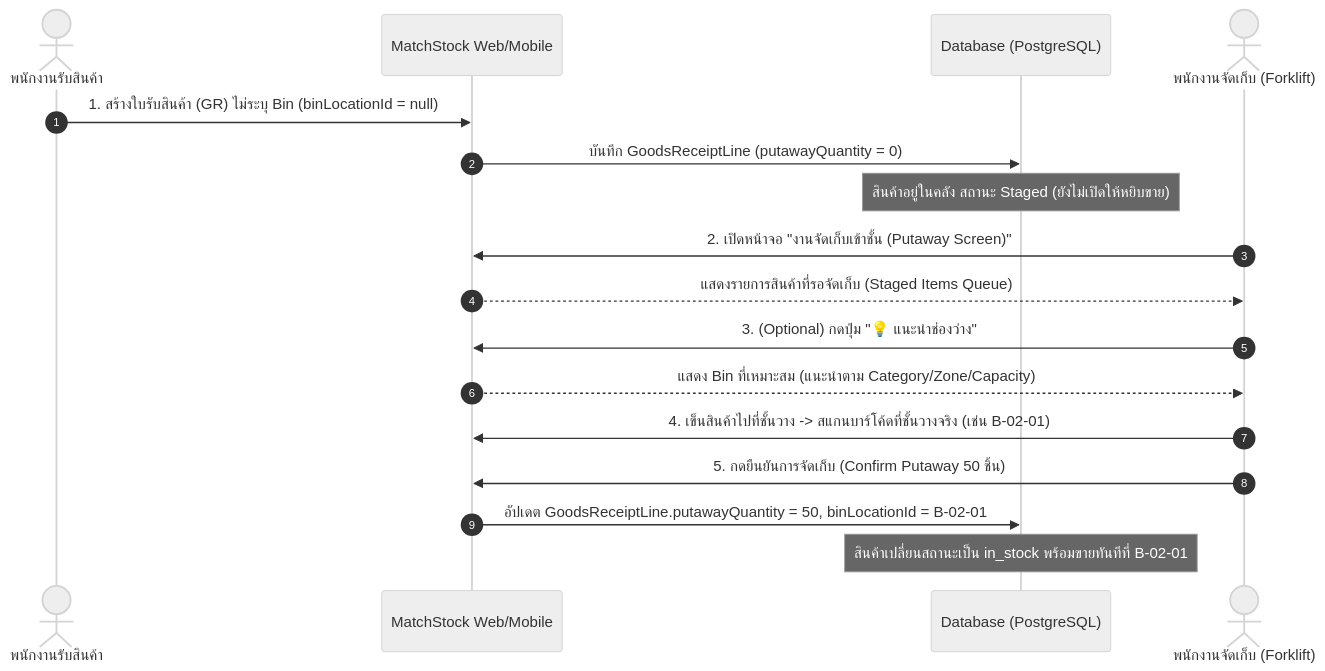
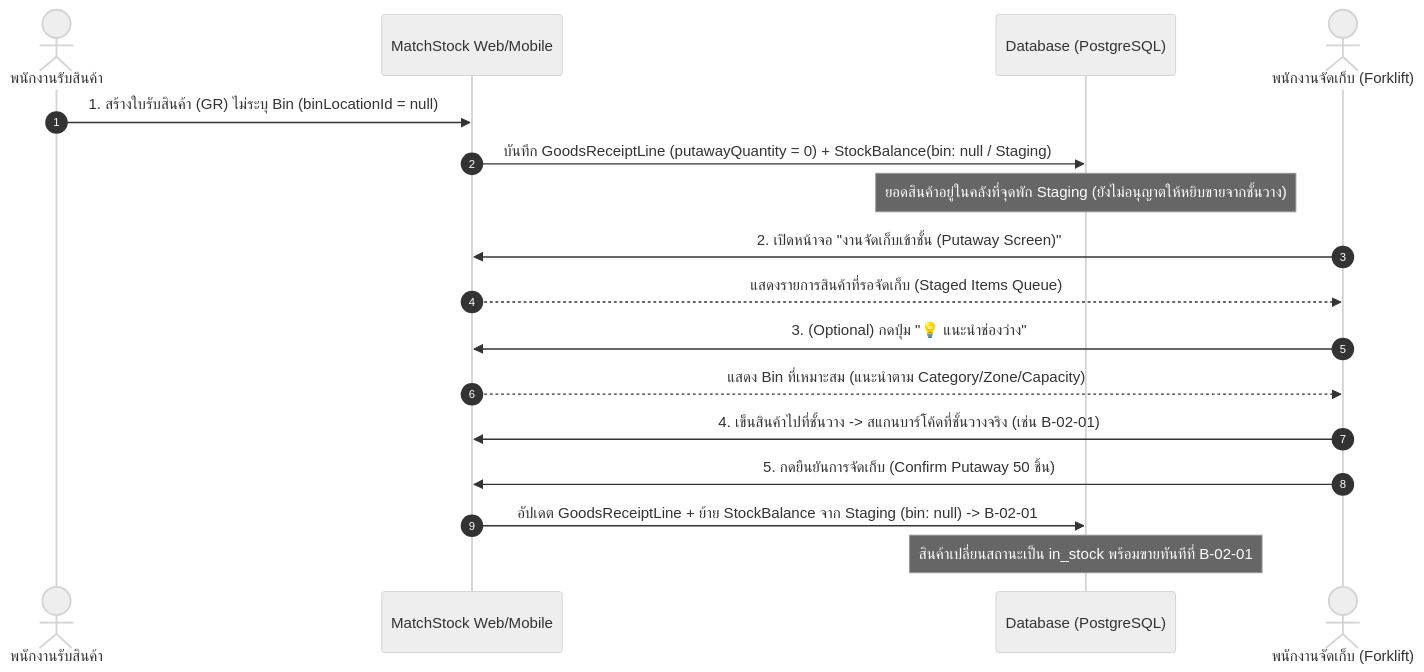
One commit to Arthy001/MatchStock changed the second of 2 diagrams in docs/RECEIVING_AND_PUTAWAY_DESIGN.md. Above: the diagram before and after it, drawn with Mermaid (neutral theme). The commit also changed other lines of this file, not shown here.

Commit message:
docs(inbound): update receiving and putaway design with stock balance synchronization

````diff
--- a/docs/RECEIVING_AND_PUTAWAY_DESIGN.md
+++ b/docs/RECEIVING_AND_PUTAWAY_DESIGN.md
@@ -85,23 +95,23 @@
 ```mermaid
 sequenceDiagram
     autonumber
     actor Staff as พนักงานรับสินค้า
     participant App as MatchStock Web/Mobile
     participant DB as Database (PostgreSQL)
     actor Driver as พนักงานจัดเก็บ (Forklift)
 
     Staff->>App: 1. สร้างใบรับสินค้า (GR) ไม่ระบุ Bin (binLocationId = null)
-    App->>DB: บันทึก GoodsReceiptLine (putawayQuantity = 0)
-    Note over DB: สินค้าอยู่ในคลัง สถานะ Staged (ยังไม่เปิดให้หยิบขาย)
+    App->>DB: บันทึก GoodsReceiptLine (putawayQuantity = 0) + StockBalance(bin: null / Staging)
+    Note over DB: ยอดสินค้าอยู่ในคลังที่จุดพัก Staging (ยังไม่อนุญาตให้หยิบขายจากชั้นวาง)
     
     Driver->>App: 2. เปิดหน้าจอ "งานจัดเก็บเข้าชั้น (Putaway Screen)"
     App-->>Driver: แสดงรายการสินค้าที่รอจัดเก็บ (Staged Items Queue)
     
     Driver->>App: 3. (Optional) กดปุ่ม "💡 แนะนำช่องว่าง"
     App-->>Driver: แสดง Bin ที่เหมาะสม (แนะนำตาม Category/Zone/Capacity)
     
     Driver->>App: 4. เข็นสินค้าไปที่ชั้นวาง -> สแกนบาร์โค้ดที่ชั้นวางจริง (เช่น B-02-01)
     Driver->>App: 5. กดยืนยันการจัดเก็บ (Confirm Putaway 50 ชิ้น)
-    App->>DB: อัปเดต GoodsReceiptLine.putawayQuantity = 50, binLocationId = B-02-01
+    App->>DB: อัปเดต GoodsReceiptLine + ย้าย StockBalance จาก Staging (bin: null) -> B-02-01
     Note over DB: สินค้าเปลี่ยนสถานะเป็น in_stock พร้อมขายทันทีที่ B-02-01
 ```
````
